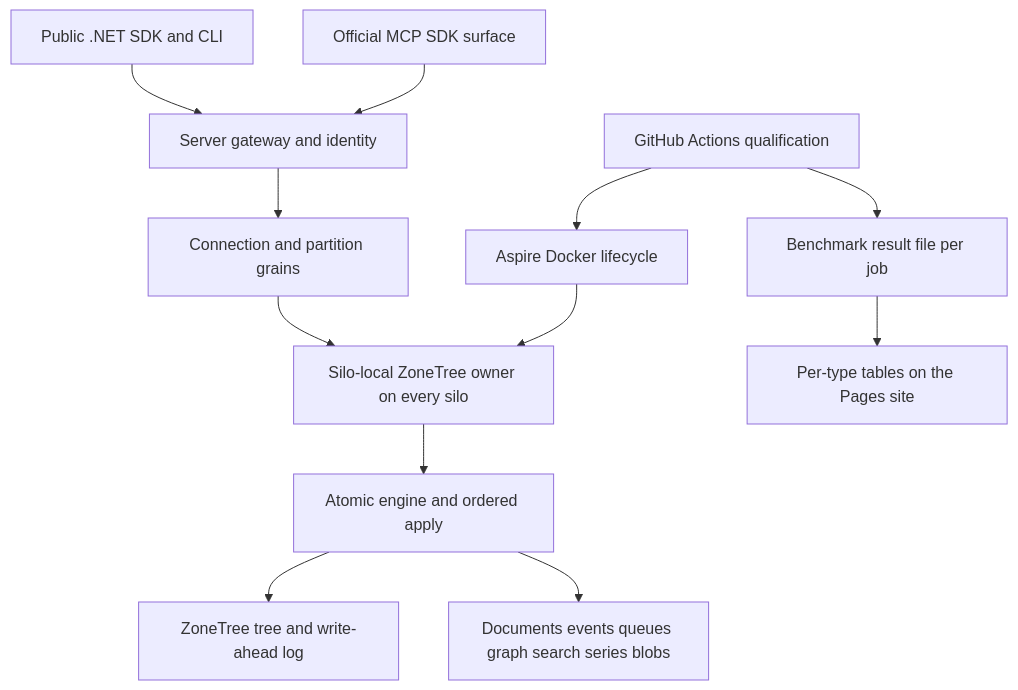
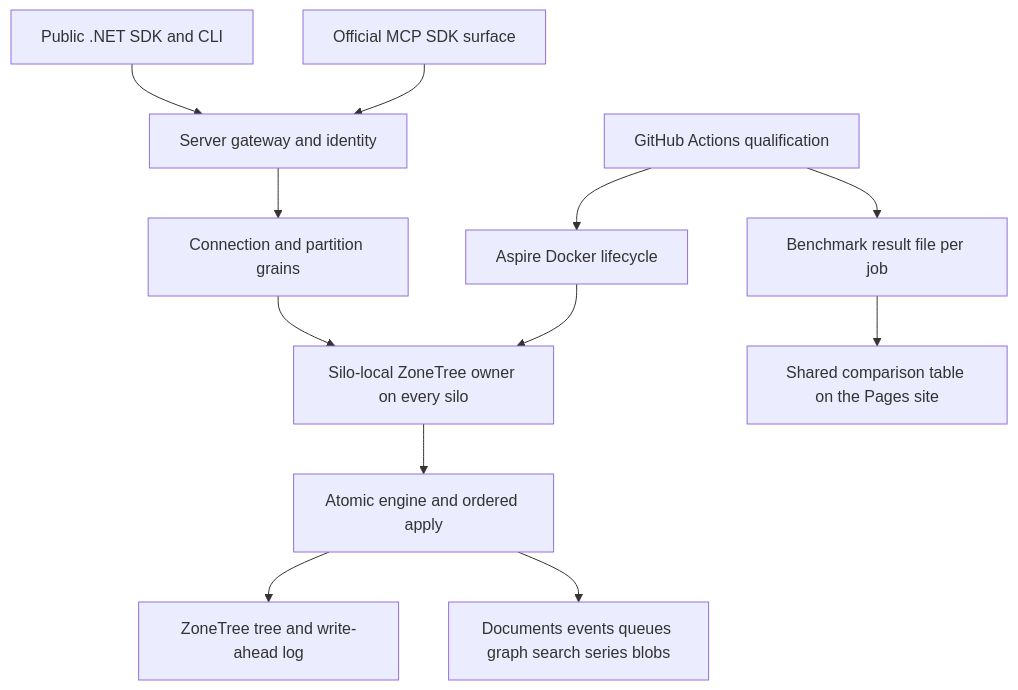
One commit to managedcode/KeyLoad changed the fourth of 26 diagrams in docs/Architecture.md. Above: the diagram before and after it, drawn with Mermaid. The commit also changed other lines of this file and 14 other files, not shown here.

````diff
--- a/docs/Architecture.md
+++ b/docs/Architecture.md
@@ -247,14 +247,14 @@
 ```mermaid
 flowchart TB
     SDK[Public .NET SDK and CLI] --> Server[Server gateway and identity]
     MCP[Official MCP SDK surface] --> Server
     Server --> Orleans[Connection and partition grains]
     Orleans --> Owners[Silo-local ZoneTree owner on every silo]
     Owners --> Core[Atomic engine and ordered apply]
     Core --> Storage[ZoneTree tree and write-ahead log]
     Core --> Models[Documents events queues graph search series blobs]
     Aspire[Aspire Docker lifecycle] --> Owners
     CI[GitHub Actions qualification] --> Aspire
     CI --> JSON[Benchmark result file per job]
-    JSON --> Site[Per-type tables on the Pages site]
+    JSON --> Site[Shared comparison table on the Pages site]
 ```
````
